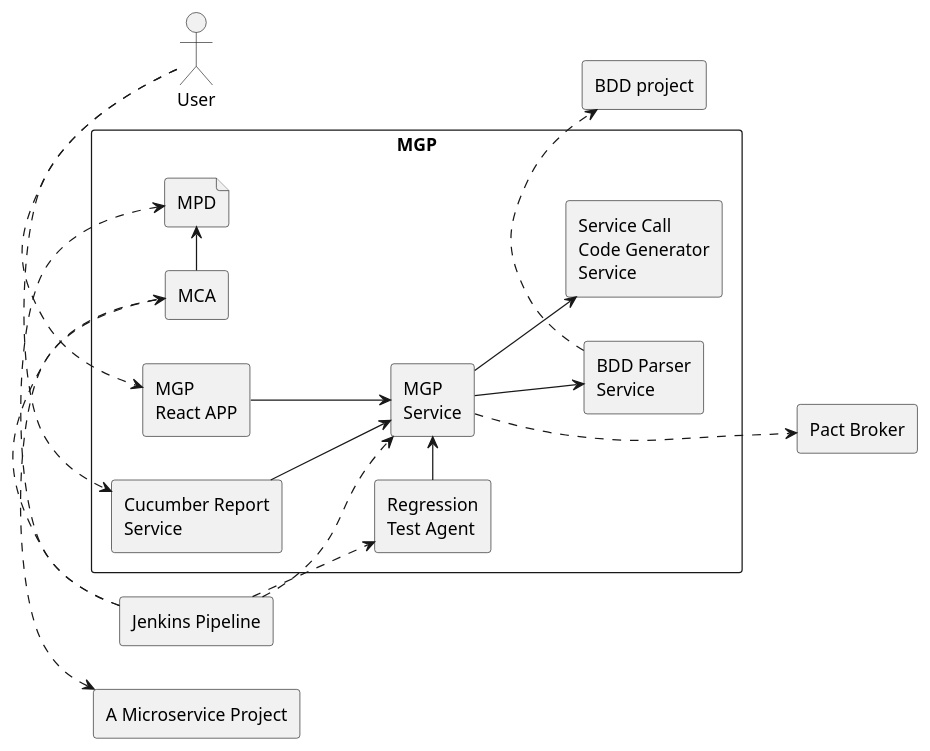
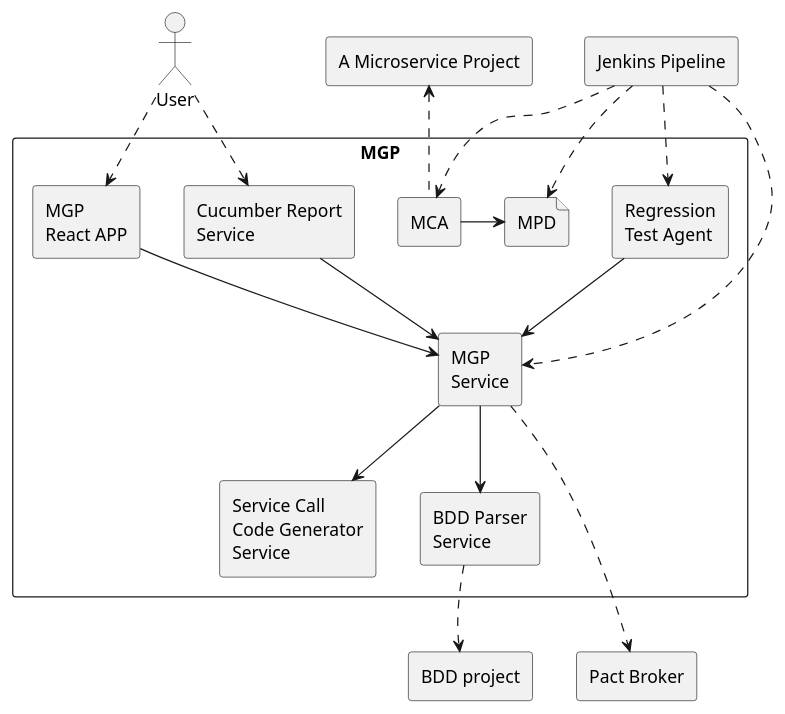
One commit to b4456609/mgp-back changed the diagram in diagram/system.puml. Above: the diagram before and after it, drawn with PlantUML.

```diff
--- a/diagram/system.puml
+++ b/diagram/system.puml
@@ -1,40 +1,41 @@
 @startuml
-'scale 1.8
-left to right direction
+'scale 2
+'skinparam backgroundcolor transparent
+'left to right direction
 rectangle "A Microservice Project" as mp
 rectangle "Jenkins Pipeline" as jp
 rectangle "BDD project" as bp
 rectangle "Pact Broker" as pb
 actor User as user
 
 rectangle "MGP" as t {
 	rectangle "Regression\nTest Agent" as ta
 	rectangle "MCA" as mca
 	rectangle "MGP\nReact APP"as mgpa
 	rectangle "MGP\nService"as mgp
 	rectangle "BDD Parser\nService" as uatp
 	rectangle "Service Call\nCode Generator\nService" as d
 	rectangle "Cucumber Report\nService" as crs
 
 	file "MPD" as mpd
 
-	mca -r-> mpd
+	mca -> mpd
 	mgp -d-> uatp
 	mgp -d-> d
 	mgpa -d-> mgp
 	crs -d-> mgp
-	ta -> mgp
+	ta -d-> mgp
 }
 
 jp.>ta
 jp.>mpd
-mca .l.> mp
-jp .> mca
-jp .> mgp
+mca .u.> mp
+jp .d.> mca
+jp .d.> mgp
 uatp .> bp
-mgp .> pb
-user .> mgpa
-user .> crs
+mgp .d.> pb
+user .d.> mgpa
+user .d.> crs
 uatp .[hidden]d.> pb
-
+uatp .[hidden]d.> bp
 @enduml
```
